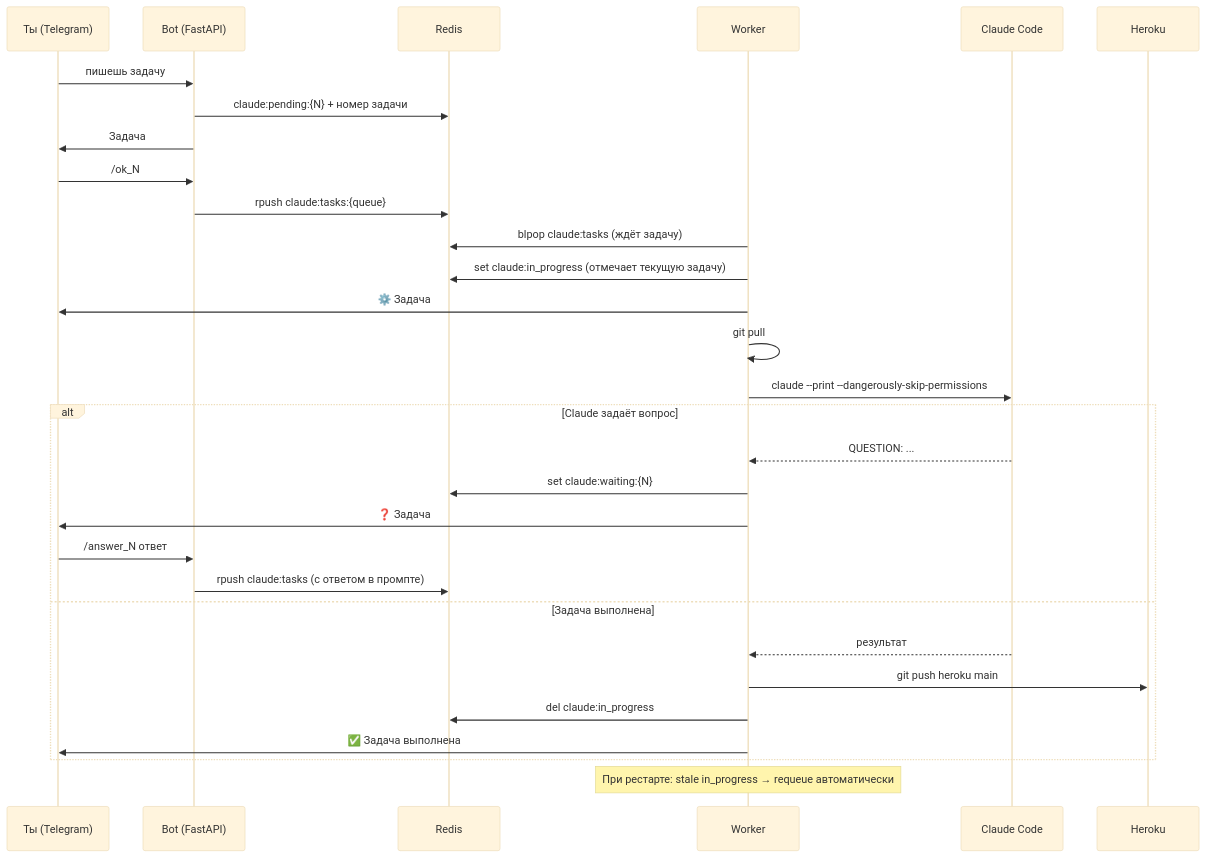
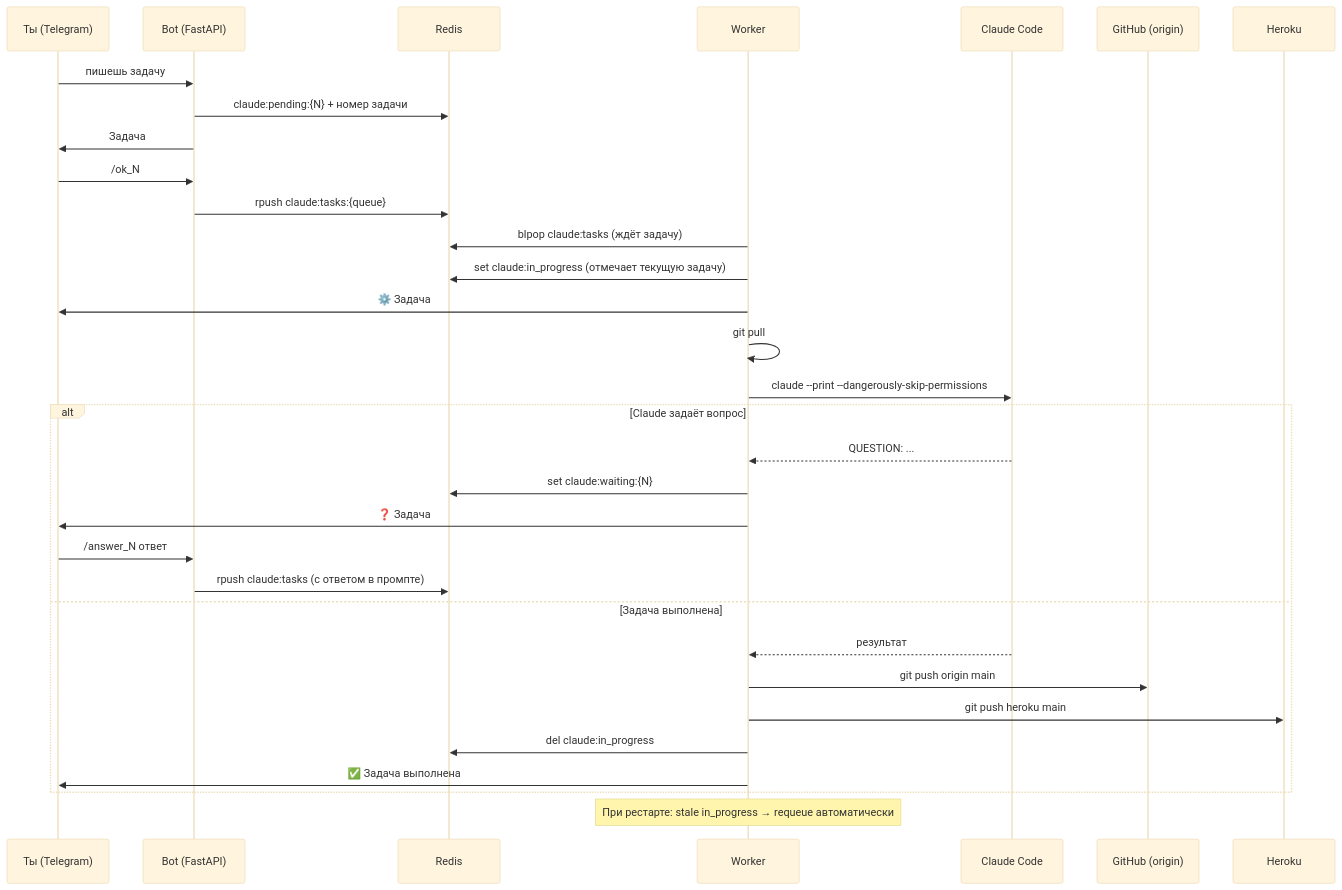
Before and after one commit to NeradziukA/project-manager: the diagram in README.md, drawn with Mermaid (base theme).

Commit message:
docs: add git push origin step to sequence diagram

````diff
--- a/README.md
+++ b/README.md
@@ -5,36 +5,38 @@
 ```mermaid
 sequenceDiagram
     participant U as Ты (Telegram)
     participant B as Bot (FastAPI)
     participant R as Redis
     participant W as Worker
     participant C as Claude Code
+    participant G as GitHub (origin)
     participant H as Heroku
 
     U->>B: пишешь задачу
     B->>R: claude:pending:{N} + номер задачи
     B->>U: Задача #N принята. /ok_N для подтверждения
 
     U->>B: /ok_N
     B->>R: rpush claude:tasks:{queue}
 
     W->>R: blpop claude:tasks (ждёт задачу)
     W->>R: set claude:in_progress (отмечает текущую задачу)
     W->>U: ⚙️ Задача #N принята в работу
     W->>W: git pull
     W->>C: claude --print --dangerously-skip-permissions
     alt Claude задаёт вопрос
         C-->>W: QUESTION: ...
         W->>R: set claude:waiting:{N}
         W->>U: ❓ Задача #N — вопрос: ... /answer_N
         U->>B: /answer_N ответ
         B->>R: rpush claude:tasks (с ответом в промпте)
     else Задача выполнена
         C-->>W: результат
+        W->>G: git push origin main
         W->>H: git push heroku main
         W->>R: del claude:in_progress
         W->>U: ✅ Задача выполнена
     end
 
     note over W: При рестарте: stale in_progress → requeue автоматически
 ```
````
